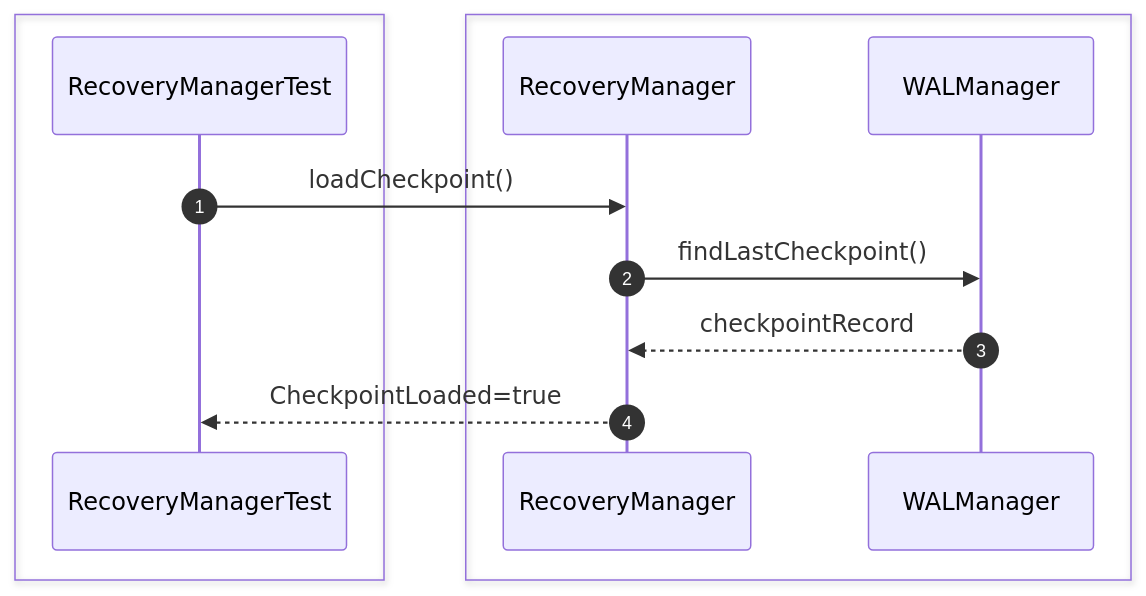
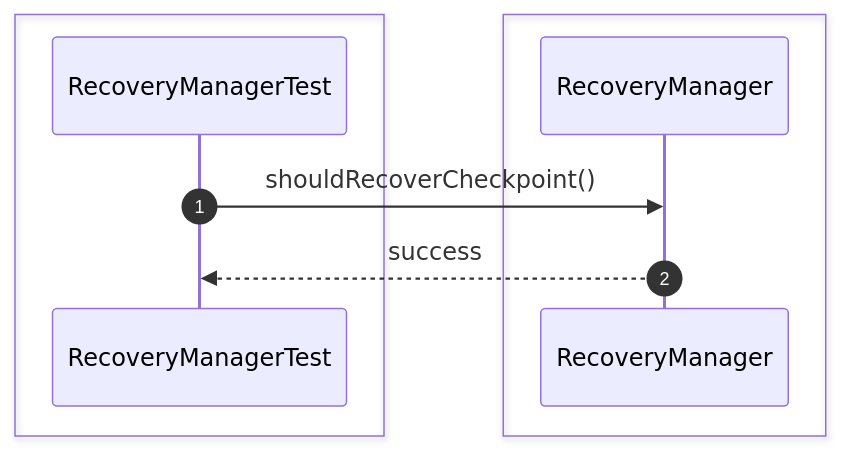
Before and after one commit to Huy1801214/dbms-architecture: diagram 14 of 28 in src/sequence/recovery.md, drawn with Mermaid. The commit also changed other lines of this file and 68 other files, not shown here.

Commit message:
implement comprehensive unit test suite and architectural sequence documentation

````diff
--- a/src/sequence/recovery.md
+++ b/src/sequence/recovery.md
@@ -238,17 +203,13 @@
 ```mermaid
 sequenceDiagram
     autonumber
-
     box #e1f5fe Test Suite
     participant Test as RecoveryManagerTest
     end
-    box #ffebee Recovery Components
-    participant Recovery as RecoveryManager
-    participant WAL as WALManager
+    box #ffebee RecoveryManager Component
+    participant RM as RecoveryManager
     end
 
-    Test->>Recovery: loadCheckpoint()
-    Recovery->>WAL: findLastCheckpoint()
-    WAL-->>Recovery: checkpointRecord
-    Recovery-->>Test: CheckpointLoaded=true
+    Test->>RM: shouldRecoverCheckpoint()
+    RM-->>Test: success
 ```
````
